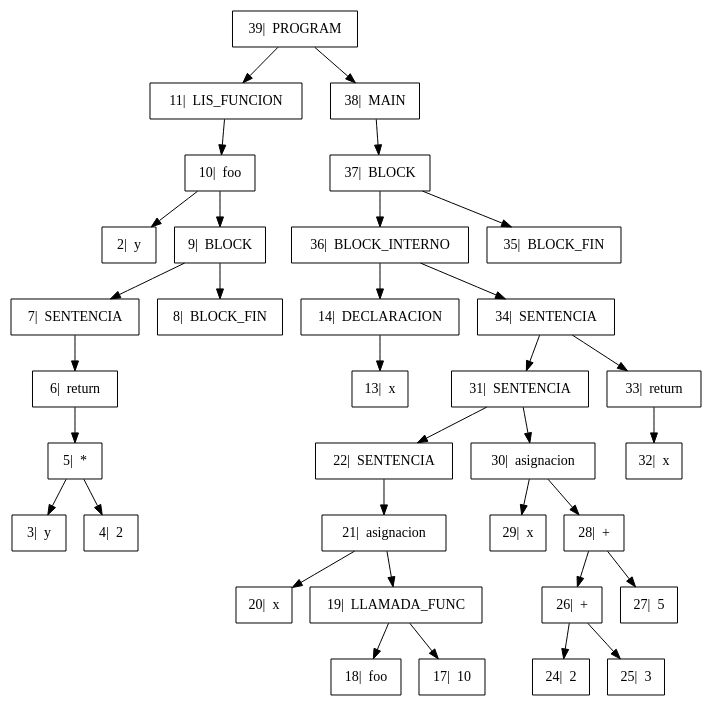
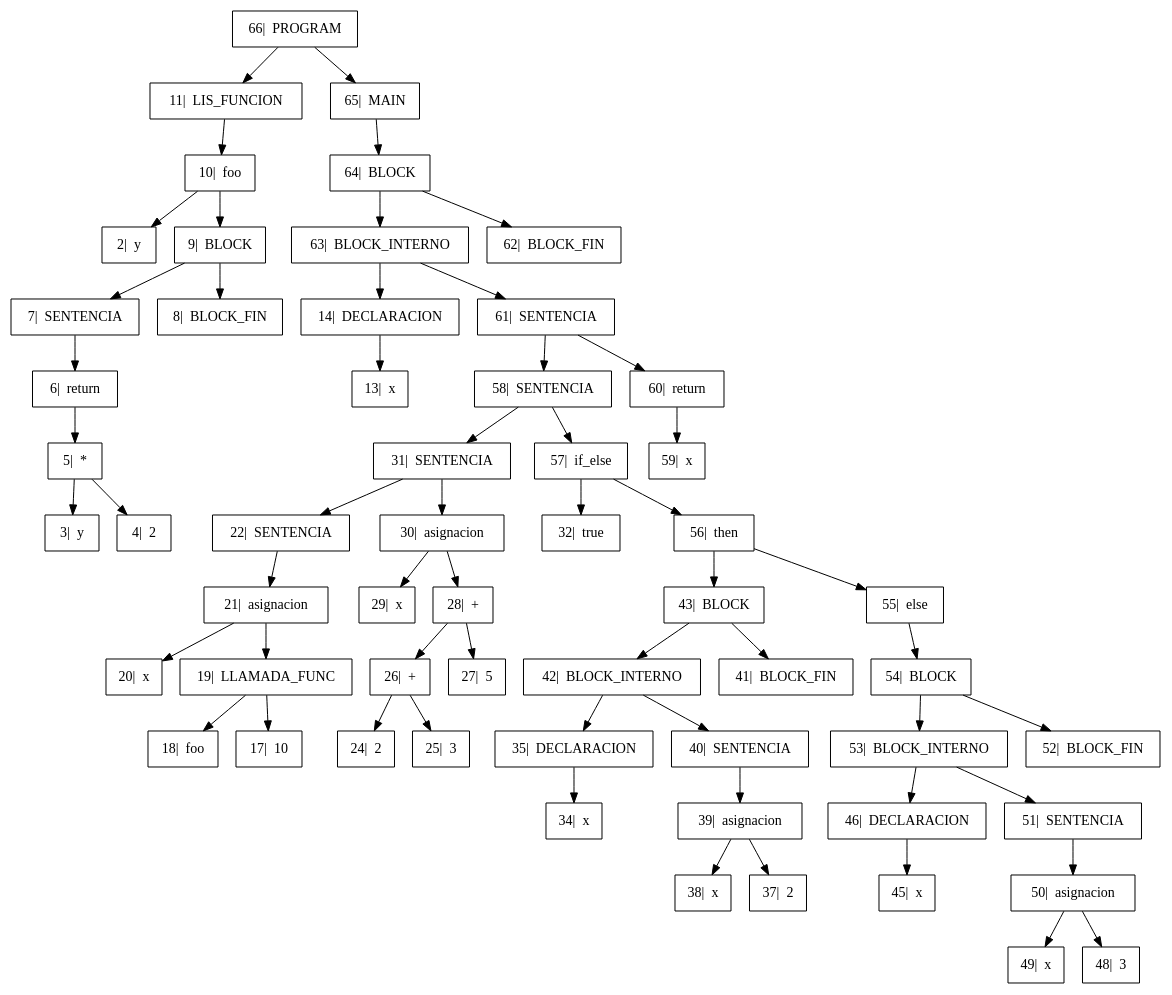
The diagram in Proyecto/output/Arbol.dot (GiovA07/PRE-PROYECTO-COMPILADORES), drawn with Graphviz before and after one commit. The commit also changed 2 other files, not shown here.

```diff
--- a/Proyecto/output/Arbol.dot
+++ b/Proyecto/output/Arbol.dot
@@ -1,26 +1,40 @@
 digraph{
 
 rankdir=TB;
 
 node[shape=box];
-"39|  PROGRAM" -> "11|  LIS_FUNCION", "38|  MAIN";
+"66|  PROGRAM" -> "11|  LIS_FUNCION", "65|  MAIN";
 "11|  LIS_FUNCION" -> "10|  foo" ;
 "10|  foo" -> "2|  y", "9|  BLOCK";
 "9|  BLOCK" -> "7|  SENTENCIA", "8|  BLOCK_FIN";
 "7|  SENTENCIA" -> "6|  return" ;
 "6|  return" -> "5|  *" ;
 "5|  *" -> "3|  y", "4|  2";
-"38|  MAIN" -> "37|  BLOCK" ;
-"37|  BLOCK" -> "36|  BLOCK_INTERNO", "35|  BLOCK_FIN";
-"36|  BLOCK_INTERNO" -> "14|  DECLARACION", "34|  SENTENCIA";
+"65|  MAIN" -> "64|  BLOCK" ;
+"64|  BLOCK" -> "63|  BLOCK_INTERNO", "62|  BLOCK_FIN";
+"63|  BLOCK_INTERNO" -> "14|  DECLARACION", "61|  SENTENCIA";
 "14|  DECLARACION" -> "13|  x" ;
-"34|  SENTENCIA" -> "31|  SENTENCIA", "33|  return";
+"61|  SENTENCIA" -> "58|  SENTENCIA", "60|  return";
+"58|  SENTENCIA" -> "31|  SENTENCIA", "57|  if_else";
 "31|  SENTENCIA" -> "22|  SENTENCIA", "30|  asignacion";
 "22|  SENTENCIA" -> "21|  asignacion" ;
 "21|  asignacion" -> "20|  x", "19|  LLAMADA_FUNC";
 "19|  LLAMADA_FUNC" -> "18|  foo", "17|  10";
 "30|  asignacion" -> "29|  x", "28|  +";
 "28|  +" -> "26|  +", "27|  5";
 "26|  +" -> "24|  2", "25|  3";
-"33|  return" -> "32|  x" ;
+"57|  if_else" -> "32|  true", "56|  then";
+"56|  then" -> "43|  BLOCK", "55|  else";
+"43|  BLOCK" -> "42|  BLOCK_INTERNO", "41|  BLOCK_FIN";
+"42|  BLOCK_INTERNO" -> "35|  DECLARACION", "40|  SENTENCIA";
+"35|  DECLARACION" -> "34|  x" ;
+"40|  SENTENCIA" -> "39|  asignacion" ;
+"39|  asignacion" -> "38|  x", "37|  2";
+"55|  else" -> "54|  BLOCK" ;
+"54|  BLOCK" -> "53|  BLOCK_INTERNO", "52|  BLOCK_FIN";
+"53|  BLOCK_INTERNO" -> "46|  DECLARACION", "51|  SENTENCIA";
+"46|  DECLARACION" -> "45|  x" ;
+"51|  SENTENCIA" -> "50|  asignacion" ;
+"50|  asignacion" -> "49|  x", "48|  3";
+"60|  return" -> "59|  x" ;
 }
```
